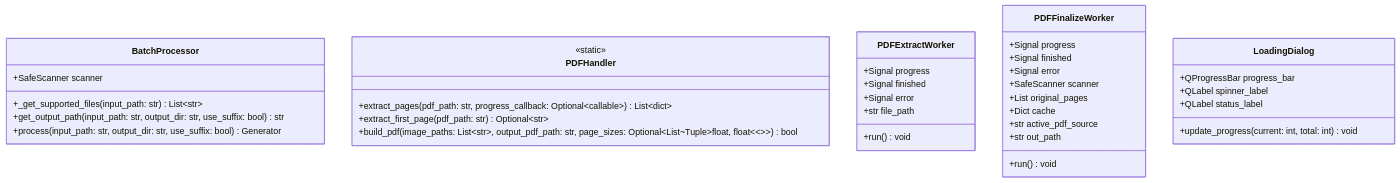
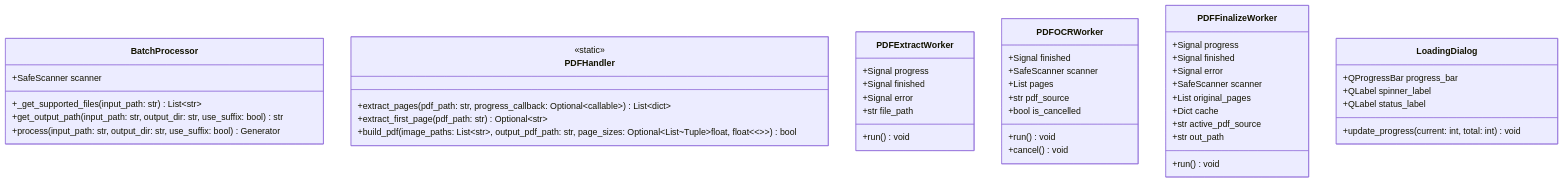
Before and after one commit to FurqanHun/SafeMARC: the second of 3 diagrams in docs/architecture/uml_classes.md, drawn with Mermaid. The commit also changed other lines of this file and 6 other files, not shown here.

Commit message:
docs: update architecture diagrams and programmatic documentation

````diff
--- a/docs/architecture/uml_classes.md
+++ b/docs/architecture/uml_classes.md
@@ -117,45 +122,55 @@
 ```mermaid
 classDiagram
     direction TB
 
     class BatchProcessor {
         +SafeScanner scanner
         +_get_supported_files(input_path: str) List~str~
         +get_output_path(input_path: str, output_dir: str, use_suffix: bool) str
         +process(input_path: str, output_dir: str, use_suffix: bool) Generator
     }
 
     class PDFHandler {
         <<static>>
         +extract_pages(pdf_path: str, progress_callback: Optional~callable~) List~dict~
         +extract_first_page(pdf_path: str) Optional~str~
         +build_pdf(image_paths: List~str~, output_pdf_path: str, page_sizes: Optional~List~Tuple~float, float~~~~) bool
     }
 
     class PDFExtractWorker {
         +Signal progress
         +Signal finished
         +Signal error
         +str file_path
         +run() void
     }
 
+        class PDFOCRWorker {
+        +Signal finished
+        +SafeScanner scanner
+        +List pages
+        +str pdf_source
+        +bool is_cancelled
+        +run() void
+        +cancel() void
+    }
+
     class PDFFinalizeWorker {
         +Signal progress
         +Signal finished
         +Signal error
         +SafeScanner scanner
         +List original_pages
         +Dict cache
         +str active_pdf_source
         +str out_path
         +run() void
     }
 
     class LoadingDialog {
         +QProgressBar progress_bar
         +QLabel spinner_label
         +QLabel status_label
         +update_progress(current: int, total: int) void
     }
 ```
````
